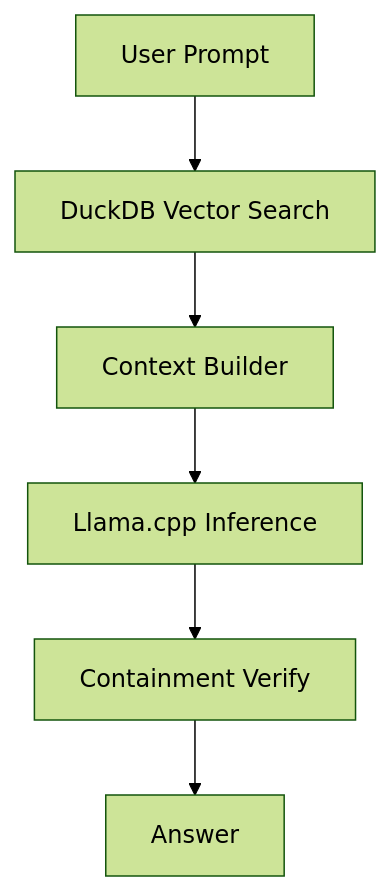
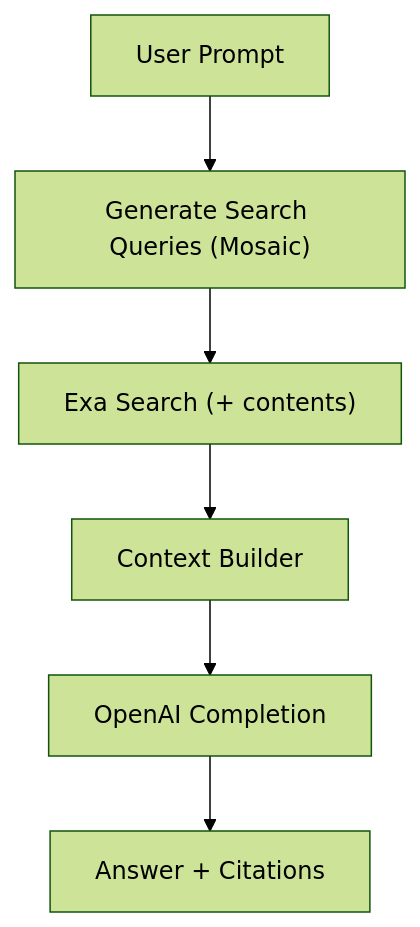
The fifth of 10 diagrams in profile/README.md (KintaGen/.github), drawn with Mermaid (forest theme) before and after one commit. The commit also changed other lines of this file, not shown here.

````diff
--- a/profile/README.md
+++ b/profile/README.md
@@ -228,8 +249,8 @@
 ```mermaid
 graph TD
-    Q1[User Prompt] --> Q2[DuckDB Vector Search]
-    Q2 --> Q3[Context Builder]
-    Q3 --> Q4[Llama.cpp Inference]
-    Q4 --> Q5[Containment Verify]
-    Q5 --> Q6[Answer]
+    Q1[User Prompt] --> Q2["Generate Search Queries (Mosaic)"]
+    Q2 --> Q3["Exa Search (+ contents)"]
+    Q3 --> Q4[Context Builder]
+    Q4 --> Q5[OpenAI Completion]
+    Q5 --> Q6["Answer + Citations"]
 ```
````
